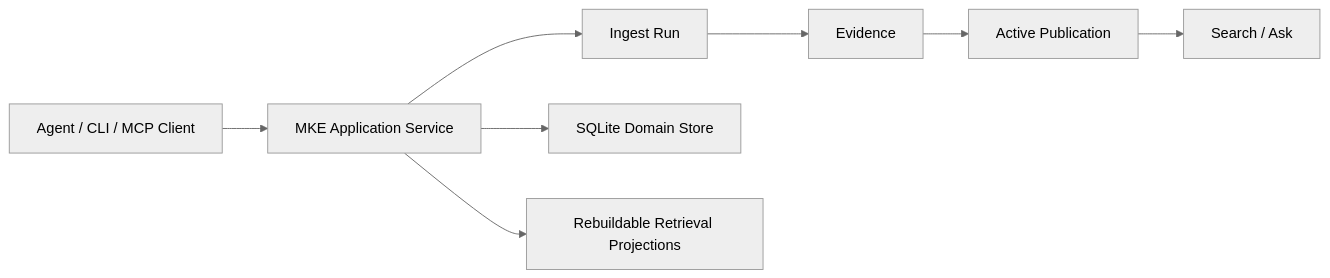
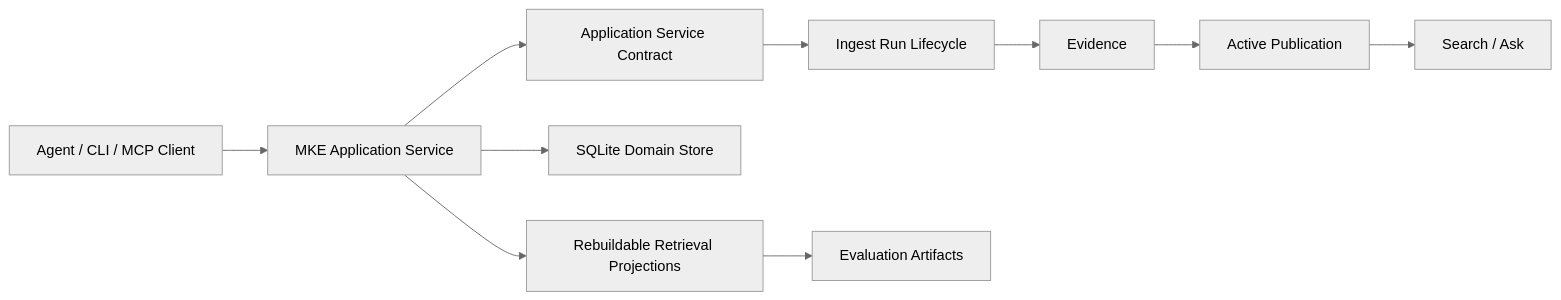
One commit to iTao-AI/multimodal-knowledge-engine changed the diagram in README.md. Above: the diagram before and after it, drawn with Mermaid (neutral theme). The commit also changed other lines of this file and 4 other files, not shown here.

````diff
--- a/README.md
+++ b/README.md
@@ -24,10 +26,12 @@
 ```mermaid
 flowchart LR
     client["Agent / CLI / MCP Client"] --> app["MKE Application Service"]
-    app --> run["Ingest Run"]
+    app --> contract["Application Service Contract"]
+    contract --> run["Ingest Run Lifecycle"]
     run --> evidence["Evidence"]
     evidence --> publication["Active Publication"]
     publication --> search["Search / Ask"]
     app --> store["SQLite Domain Store"]
     app --> projection["Rebuildable Retrieval Projections"]
+    projection --> evaluation["Evaluation Artifacts"]
 ```
````
